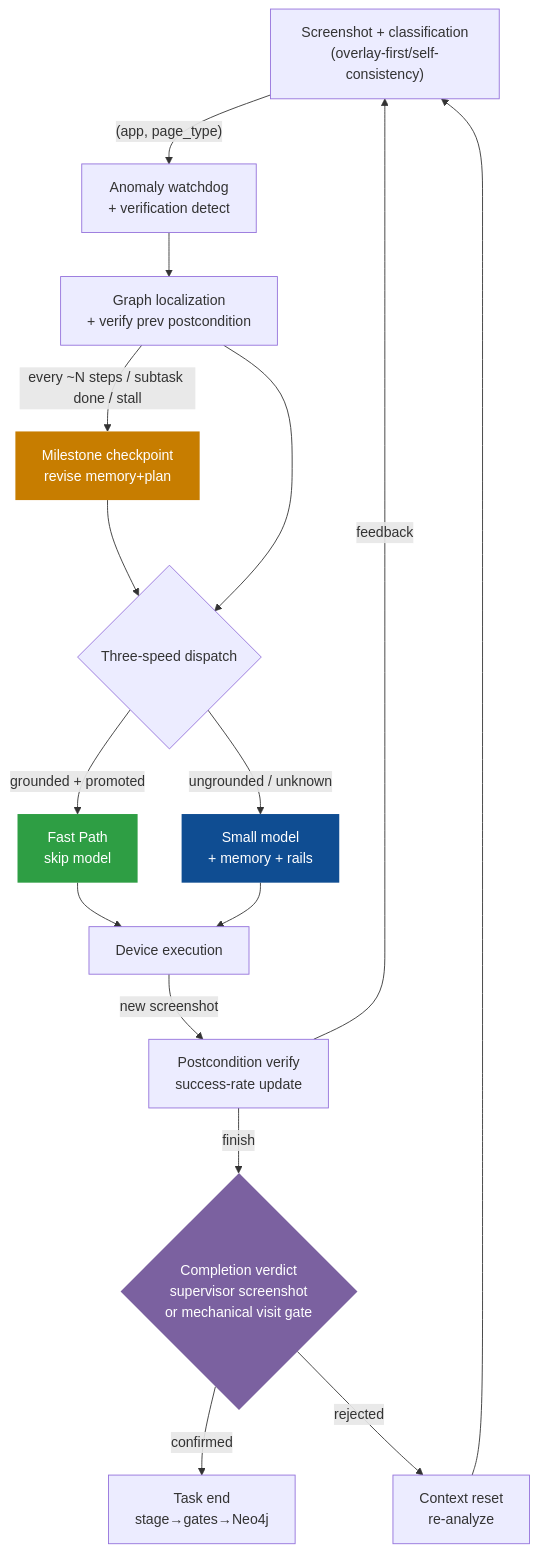
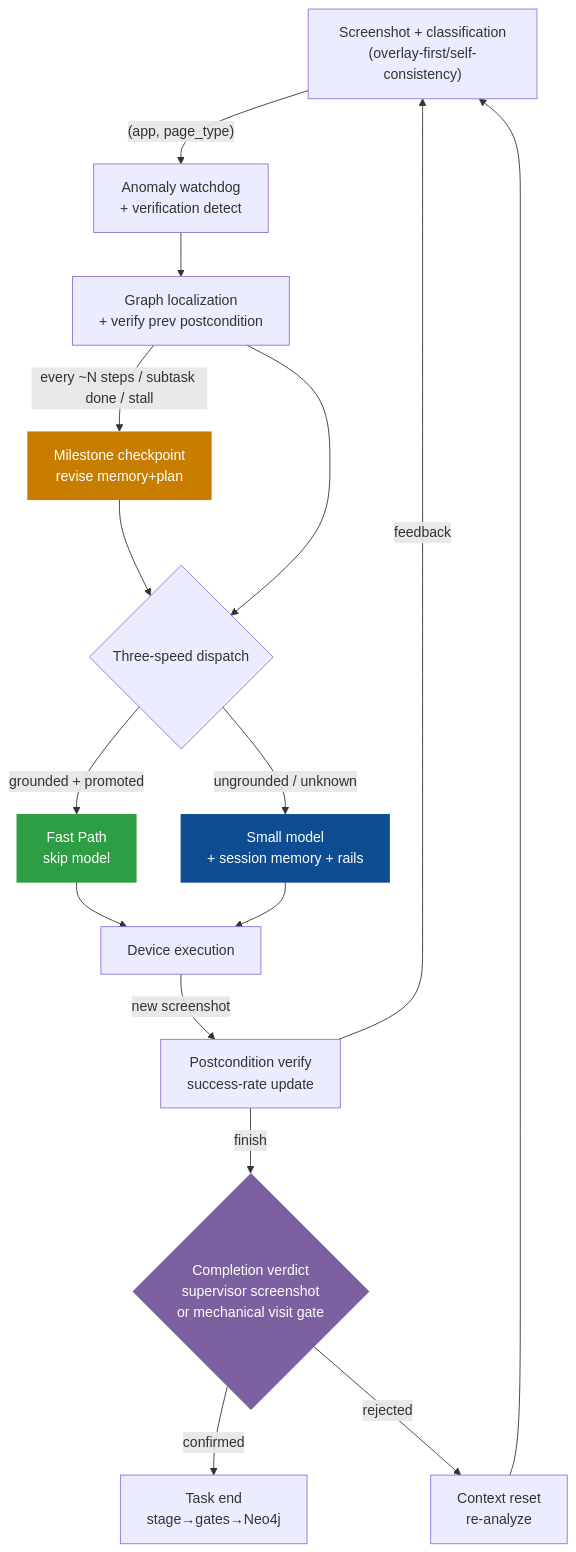
One commit to He2y/ShoppingClaw changed the first of 4 diagrams in phone_agent/docs/ARCHITECTURE.md. Above: the diagram before and after it, drawn with Mermaid. The commit also changed other lines of this file and 1 other file, not shown here.

````diff
--- a/phone_agent/docs/ARCHITECTURE.md
+++ b/phone_agent/docs/ARCHITECTURE.md
@@ -117,23 +136,23 @@
 ```mermaid
 flowchart TD
     A["Screenshot + classification<br/>(overlay-first/self-consistency)"] -->|"(app, page_type)"| B["Anomaly watchdog<br/>+ verification detect"]
     B --> C["Graph localization<br/>+ verify prev postcondition"]
     C -->|"every ~N steps / subtask done / stall"| M["Milestone checkpoint<br/>revise memory+plan"]
     M --> D{"Three-speed dispatch"}
     C --> D
     D -->|"grounded + promoted"| E["Fast Path<br/>skip model"]
-    D -->|"ungrounded / unknown"| F["Small model<br/>+ memory + rails"]
+    D -->|"ungrounded / unknown"| F["Small model<br/>+ session memory + rails"]
     E --> G["Device execution"]
     F --> G
     G -->|"new screenshot"| H["Postcondition verify<br/>success-rate update"]
     H -->|"feedback"| A
     H -->|"finish"| I{"Completion verdict<br/>supervisor screenshot<br/>or mechanical visit gate"}
     I -->|"confirmed"| J["Task end<br/>stage→gates→Neo4j"]
     I -->|"rejected"| K["Context reset<br/>re-analyze"]
     K --> A
 
     style E fill:#2E9E44,color:#fff,stroke:none
     style F fill:#0F4D92,color:#fff,stroke:none
     style M fill:#C77D00,color:#fff,stroke:none
     style I fill:#7B61A0,color:#fff,stroke:none
 ```
````
